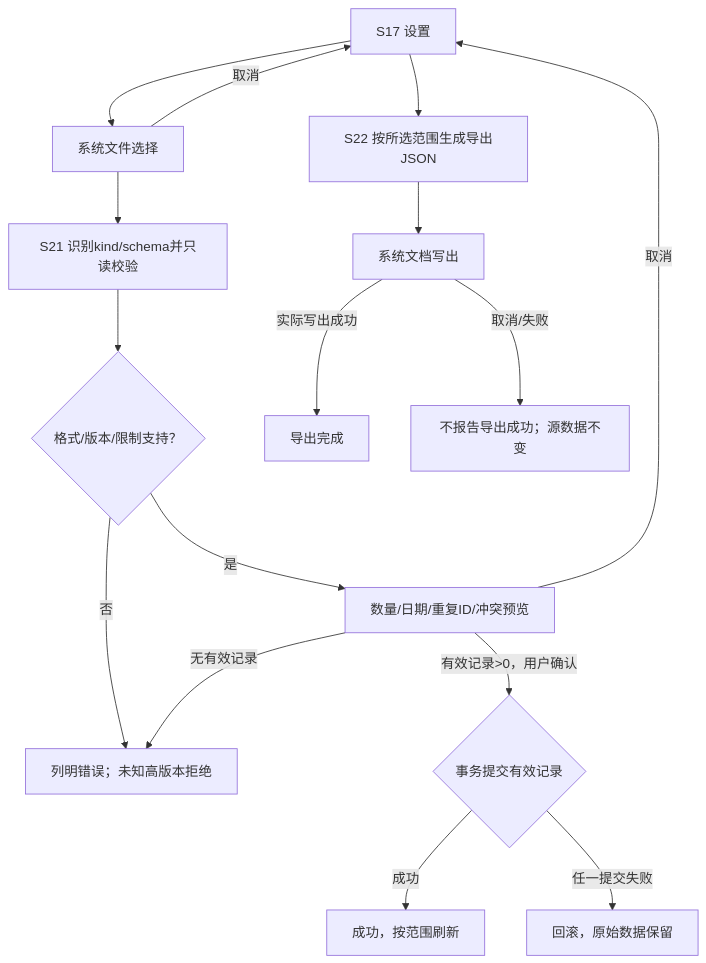
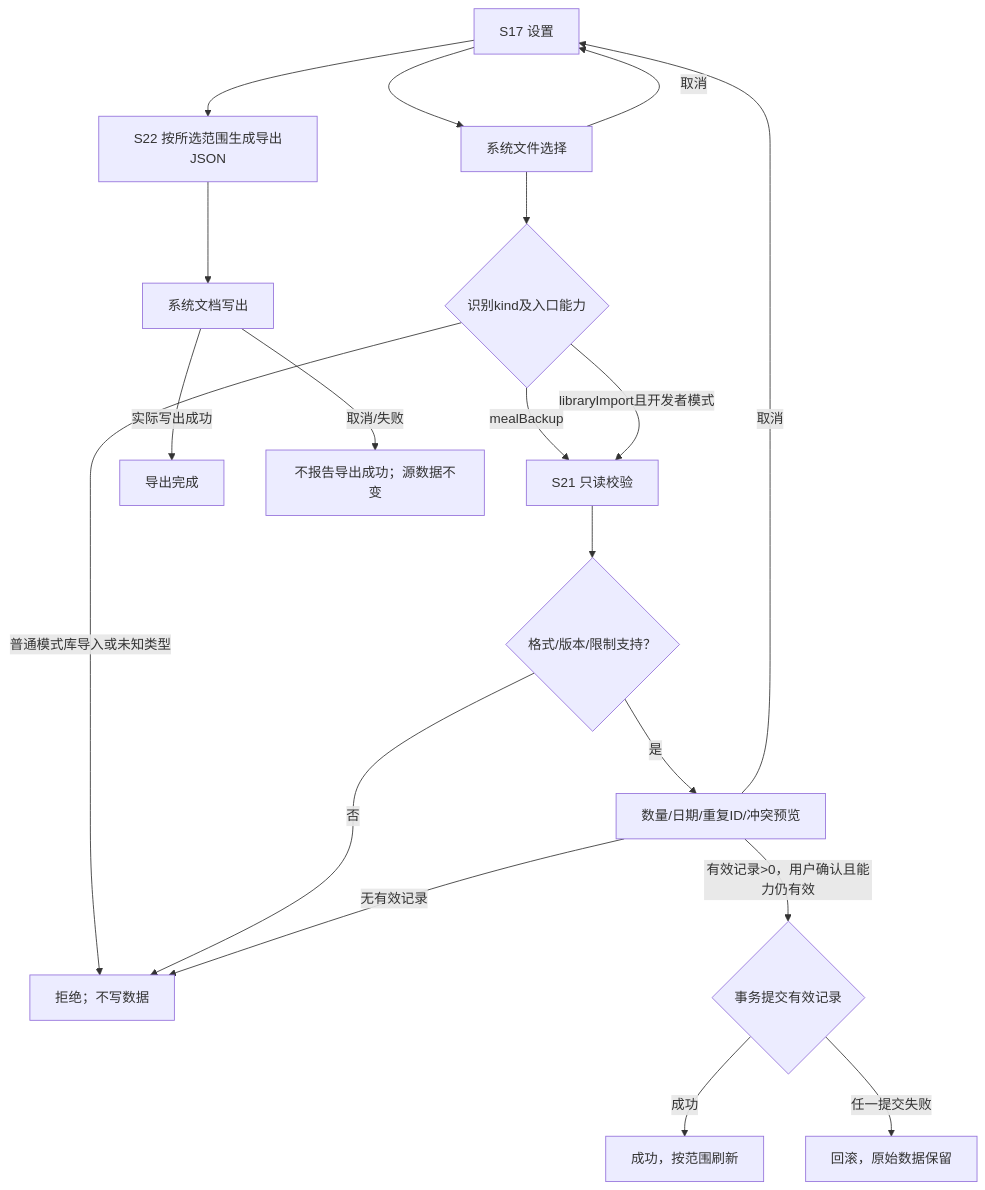
The seventh of 9 diagrams in docs/ux/流程与状态.md (Yu-xiaohei/Yuno-recipe-app), drawn with Mermaid before and after one commit. The commit also changed other lines of this file and 58 other files, not shown here.

````diff
--- a/docs/ux/流程与状态.md
+++ b/docs/ux/流程与状态.md
@@ -168,18 +168,21 @@
 ```mermaid
 flowchart TD
     S17["S17 设置"] --> File["系统文件选择"]
     File -->|取消| S17
-    File --> S21["S21 识别kind/schema并只读校验"]
+    File --> Kind{"识别kind及入口能力"}
+    Kind -->|mealBackup| S21["S21 只读校验"]
+    Kind -->|libraryImport且开发者模式| S21
+    Kind -->|普通模式库导入或未知类型| Invalid["拒绝；不写数据"]
     S21 --> Valid{"格式/版本/限制支持？"}
-    Valid -->|否| Invalid["列明错误；未知高版本拒绝"]
+    Valid -->|否| Invalid
     Valid -->|是| Preview["数量/日期/重复ID/冲突预览"]
     Preview -->|取消| S17
-    Preview -->|有效记录>0，用户确认| Commit{"事务提交有效记录"}
+    Preview -->|有效记录>0，用户确认且能力仍有效| Commit{"事务提交有效记录"}
     Preview -->|无有效记录| Invalid
     Commit -->|成功| Success["成功，按范围刷新"]
     Commit -->|任一提交失败| Rollback["回滚，原始数据保留"]
     S17 --> S22["S22 按所选范围生成导出JSON"]
     S22 --> Destination["系统文档写出"]
     Destination -->|实际写出成功| Exported["导出完成"]
     Destination -->|取消/失败| NotExported["不报告导出成功；源数据不变"]
 ```
````
